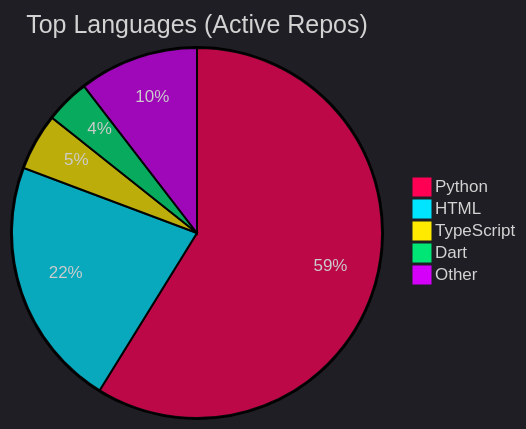
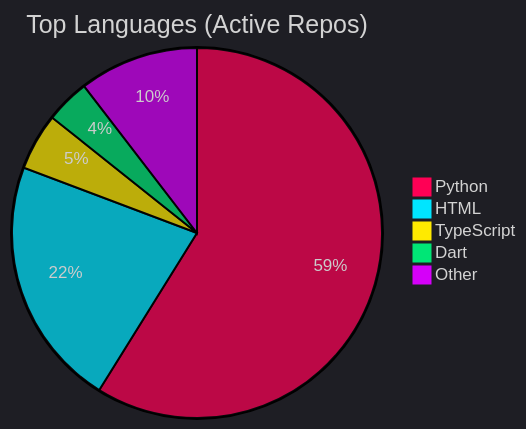
The diagram in README.md (Nzettodess/Nzettodess), drawn with Mermaid before and after one commit. The commit also changed other lines of this file, not shown here.

Commit message:
Update recent activity [skip ci]

````diff
--- a/README.md
+++ b/README.md
@@ -35,9 +35,9 @@
 ```mermaid
 %%{init: {'theme': 'dark', 'themeVariables': { 'pie1': '#FF0055', 'pie2': '#00E5FF', 'pie3': '#FFEA00', 'pie4': '#00E676', 'pie5': '#D500F9' }}}%%
 pie title Top Languages (Active Repos)
-    "Python" : 58.81
-    "HTML" : 21.90
+    "Python" : 58.86
+    "HTML" : 21.88
     "TypeScript" : 4.97
-    "Dart" : 3.87
-    "Other" : 10.44
+    "Dart" : 3.86
+    "Other" : 10.43
 ```
````
